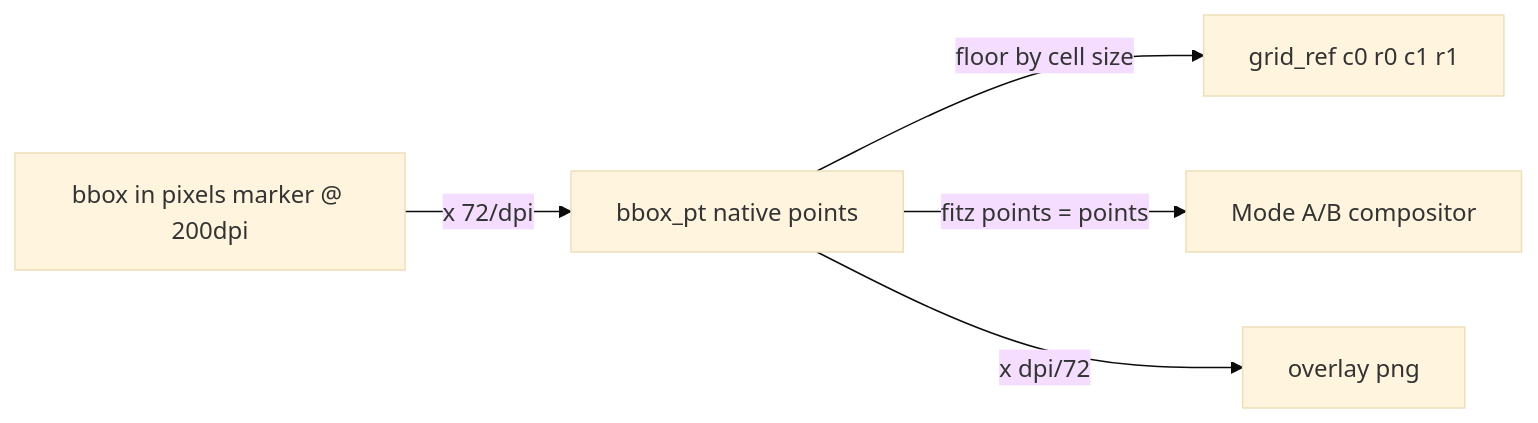
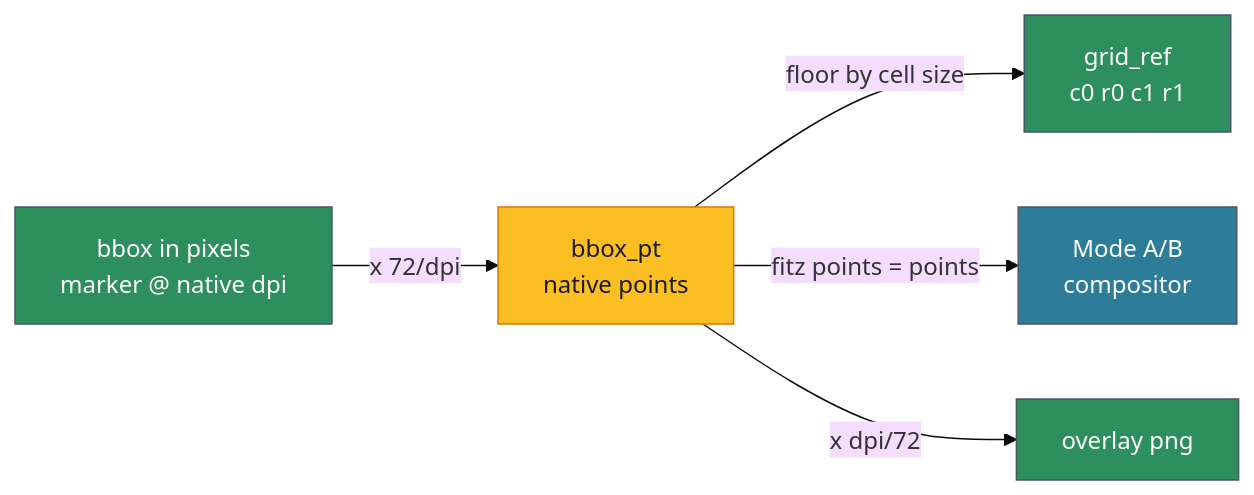
Before and after one commit to aaronsb/palimpsest: the third of 4 diagrams in docs/PIPELINE.md, drawn with Mermaid (base theme). The commit also changed other lines of this file, not shown here.

First line of the commit message:
docs(pipeline): style mermaid diagrams per the Mermaid Way

````diff
--- a/docs/PIPELINE.md
+++ b/docs/PIPELINE.md
@@ -160,7 +172,11 @@
 ```mermaid
 flowchart LR
-    A[bbox in pixels marker @ 200dpi] -->|x 72/dpi| B[bbox_pt native points]
-    B -->|floor by cell size| C[grid_ref c0 r0 c1 r1]
-    B -->|fitz points = points| D[Mode A/B compositor]
-    B -->|x dpi/72| E[overlay png]
+    A[bbox in pixels<br>marker @ native dpi]:::store -->|x 72/dpi| B[bbox_pt<br>native points]:::ir
+    B -->|floor by cell size| C[grid_ref<br>c0 r0 c1 r1]:::store
+    B -->|fitz points = points| D[Mode A/B<br>compositor]:::proc
+    B -->|x dpi/72| E[overlay png]:::store
+
+    classDef proc fill:#2d7d9a,color:#ffffff,stroke:#4a5568
+    classDef ir fill:#fbbf24,color:#1a1a1a,stroke:#d97706
+    classDef store fill:#2d8e5e,color:#ffffff,stroke:#4a5568
 ```
````
